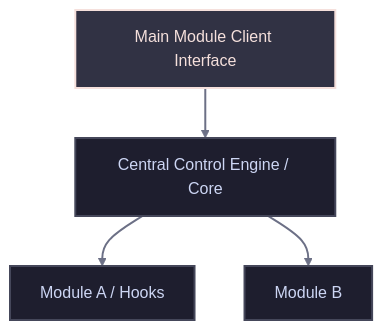
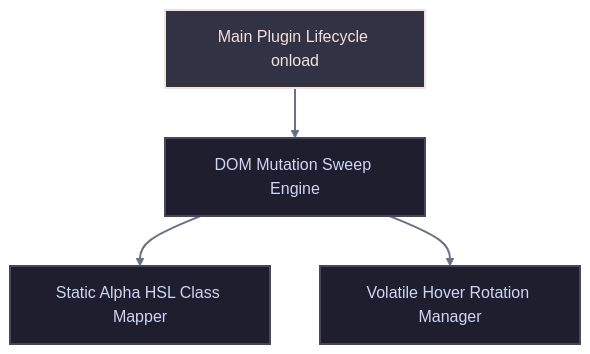
One commit to markcrobbins2112/op-links-alpha-hue changed the diagram in AIMD/MANUAL.md. Above: the diagram before and after it, drawn with Mermaid. The commit also changed other lines of this file and 15 other files, not shown here.

````diff
--- a/AIMD/MANUAL.md
+++ b/AIMD/MANUAL.md
@@ -63,27 +69,25 @@
 ```mermaid
 graph TD
-    %% Custom Dark Theme Definition
+%% Custom Dark Theme Definition
+%% Define Styles
+classDef darkNode fill:#1e1e2e,stroke:#45475a,stroke-width:2px,color:#cdd6f4;
+classDef mainNode fill:#313244,stroke:#f5e0dc,stroke-width:2px,color:#f5e0dc;
 
-    %% Define Styles
-    classDef darkNode fill:#1e1e2e,stroke:#45475a,stroke-width:2px,color:#cdd6f4;
-    classDef mainNode fill:#313244,stroke:#f5e0dc,stroke-width:2px,color:#f5e0dc;
+%% Define Nodes
+Main["Main Plugin Lifecycle onload"]
+Core["DOM Mutation Sweep Engine"]
+ModA["Static Alpha HSL Class Mapper"]
+ModB["Volatile Hover Rotation Manager"]
 
-    %% Define Nodes
-    Main["Main Module Client Interface"]
-    Core["Central Control Engine / Core"]
-    ModA["Module A / Hooks"]
-    ModB["Module B"]
+%% Apply Styles
+class Main mainNode;
+class Core,ModA,ModB darkNode;
 
-    %% Apply Styles
-    class Main mainNode;
-    class Core,ModA,ModB darkNode;
+%% Define Flow Connections
+Main --> Core
+Core --> ModA
+Core --> ModB
 
-    %% Define Flow Connections
-    Main --> Core
-    Core --> ModA
-    Core --> ModB
-
-    %% Link Customization
-    linkStyle default stroke:#6c7086,stroke-width:2px;
-
+%% Link Customization
+linkStyle default stroke:#6c7086,stroke-width:2px;
 ```
````
